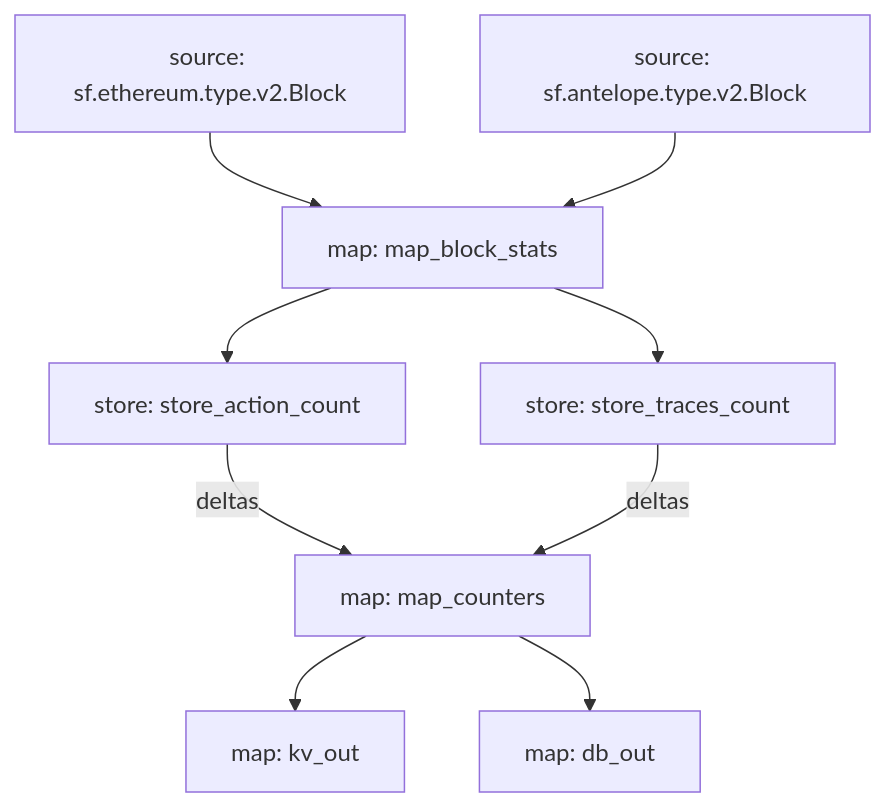
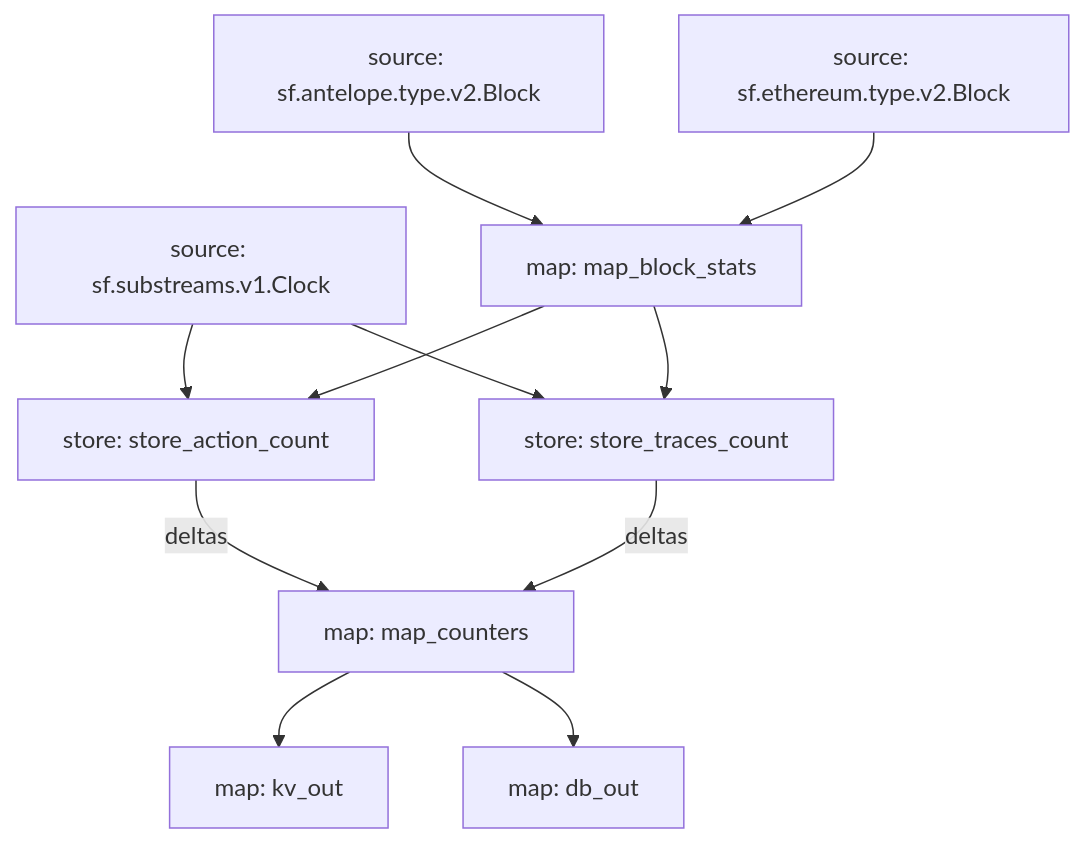
Before and after one commit to pinax-network/subtivity-substreams: the diagram in README.md, drawn with Mermaid.

Commit message:
update graph

````diff
--- a/README.md
+++ b/README.md
@@ -40,17 +40,19 @@
 ```mermaid
 graph TD;
   map_block_stats[map: map_block_stats]
+  sf.antelope.type.v2.Block[source: sf.antelope.type.v2.Block] --> map_block_stats
   sf.ethereum.type.v2.Block[source: sf.ethereum.type.v2.Block] --> map_block_stats
-  sf.antelope.type.v2.Block[source: sf.antelope.type.v2.Block] --> map_block_stats
   store_traces_count[store: store_traces_count]
+  sf.substreams.v1.Clock[source: sf.substreams.v1.Clock] --> store_traces_count
   map_block_stats --> store_traces_count
   store_action_count[store: store_action_count]
+  sf.substreams.v1.Clock[source: sf.substreams.v1.Clock] --> store_action_count
   map_block_stats --> store_action_count
   map_counters[map: map_counters]
   store_action_count -- deltas --> map_counters
   store_traces_count -- deltas --> map_counters
   kv_out[map: kv_out]
   map_counters --> kv_out
   db_out[map: db_out]
   map_counters --> db_out
 ```
````
